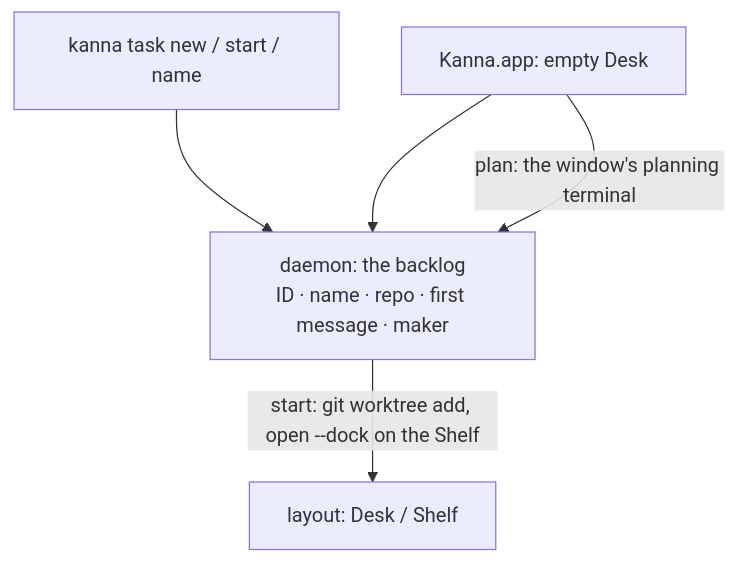
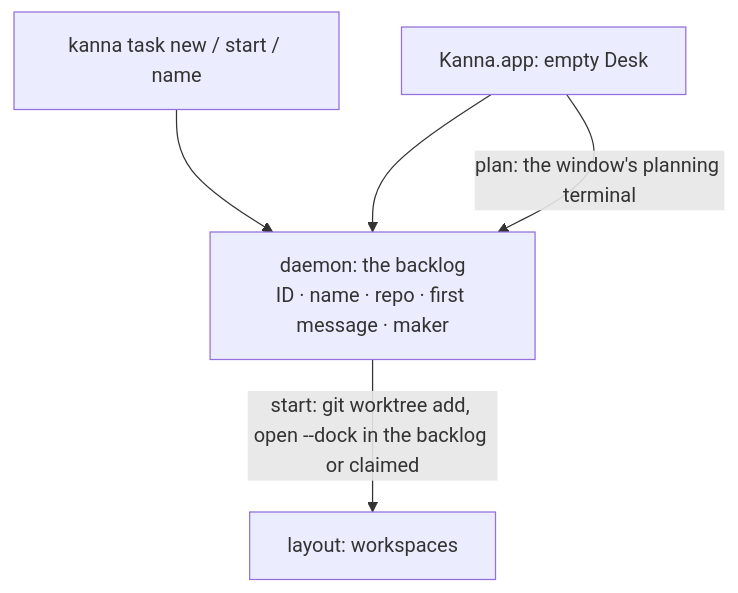
Before and after one commit to tampopogk/kanna: the second of 2 diagrams in docs/specs/tasks.md, drawn with Mermaid. The commit also changed other lines of this file and 39 other files, not shown here.

````diff
--- a/docs/specs/tasks.md
+++ b/docs/specs/tasks.md
@@ -127,7 +127,7 @@
 ```mermaid
 flowchart TB
     CLI["kanna task new / start / name"] --> D
     APP["Kanna.app: empty Desk"] --> D
     APP -->|"plan: the window's planning terminal"| D
-    D["daemon: the backlog<br/>ID · name · repo · first message · maker"] -->|"start: git worktree add, open --dock on the Shelf"| L["layout: Desk / Shelf"]
+    D["daemon: the backlog<br/>ID · name · repo · first message · maker"] -->|"start: git worktree add, open --dock in the backlog or claimed"| L["layout: workspaces"]
 ```
````
